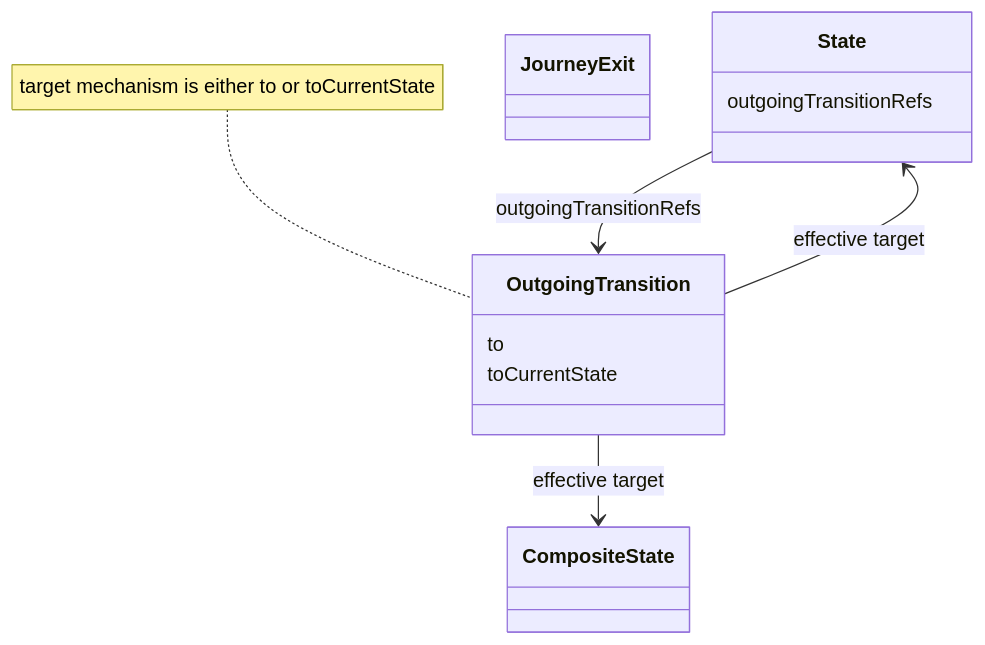
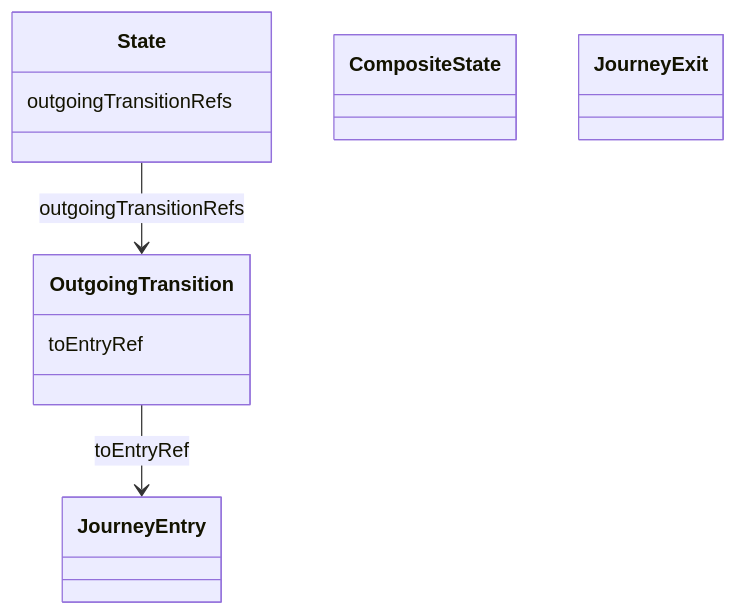
Before and after one commit to openuji/spec-ujg: diagram 13 of 13 in specs/ed/graph/index.md, drawn with Mermaid. The commit also changed other lines of this file and 29 other files, not shown here.

````diff
--- a/specs/ed/graph/index.md
+++ b/specs/ed/graph/index.md
@@ -963,17 +1027,15 @@
 ```mermaid
 classDiagram
   class State {
     outgoingTransitionRefs
   }
   class CompositeState
   class JourneyExit
   class OutgoingTransition {
-    to
-    toCurrentState
+    toEntryRef
   }
+  class JourneyEntry
 
   State --> OutgoingTransition : outgoingTransitionRefs
-  OutgoingTransition --> State : effective target
-  OutgoingTransition --> CompositeState : effective target
-  note for OutgoingTransition "target mechanism is either to or toCurrentState"
+  OutgoingTransition --> JourneyEntry : toEntryRef
 ```
````
